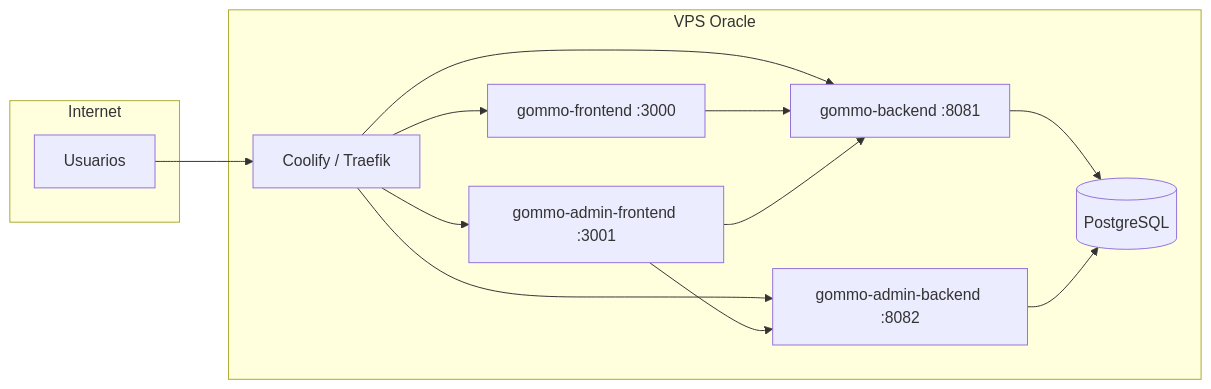
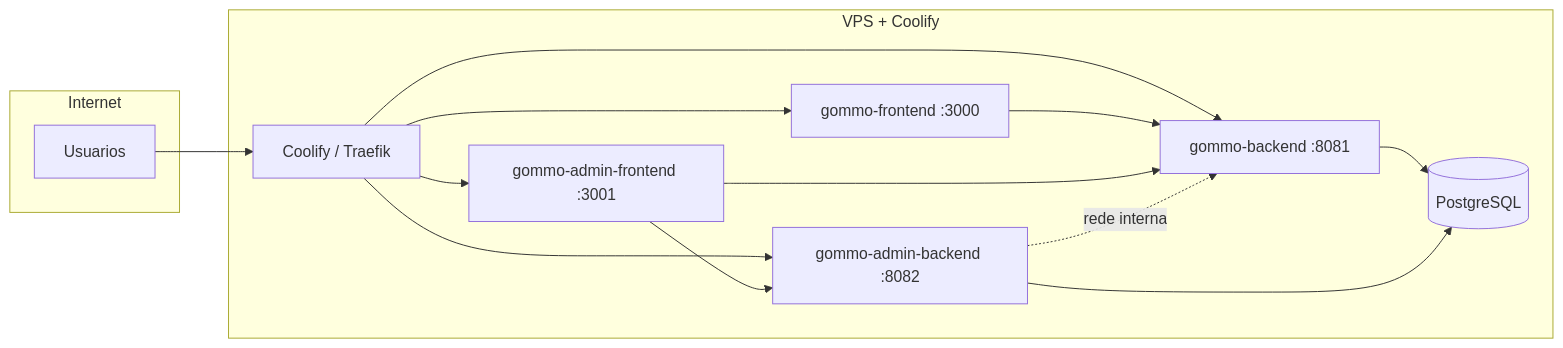
Before and after one commit to gesintdev/gesint: the diagram in infra/coolify/README.md, drawn with Mermaid. The commit also changed other lines of this file and 14 other files, not shown here.

````diff
--- a/infra/coolify/README.md
+++ b/infra/coolify/README.md
@@ -7,24 +11,25 @@
 ```mermaid
 flowchart LR
   subgraph internet [Internet]
     U[Usuarios]
   end
-  subgraph vps [VPS Oracle]
+  subgraph vps [VPS + Coolify]
     C[Coolify / Traefik]
     HR[gommo-frontend :3000]
     ADM[gommo-admin-frontend :3001]
     API[gommo-backend :8081]
     AAPI[gommo-admin-backend :8082]
     PG[(PostgreSQL)]
   end
   U --> C
   C --> HR
   C --> ADM
   C --> API
   C --> AAPI
   HR --> API
   ADM --> AAPI
   ADM --> API
   API --> PG
   AAPI --> PG
+  AAPI -.->|rede interna| API
 ```
````
